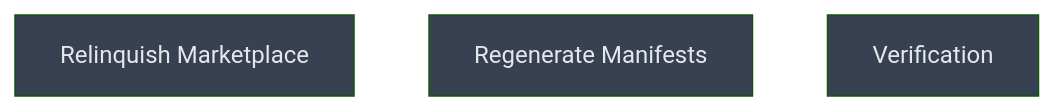
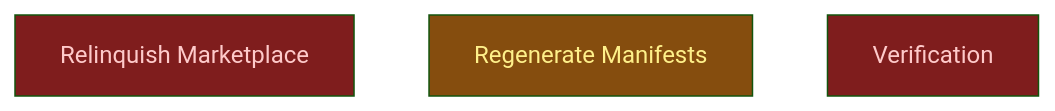
The diagram in __roadmap__/nest_migration/README.md (CrackingShells/colgrep-mcp), drawn with Mermaid (forest theme) before and after one commit. The commit also changed other lines of this file, not shown here.

Commit message:
chore(roadmap): open regenerate_manifests and block the gated siblings
Level 0 status, set through dirtree-rdm only.

`regenerate_manifests` is in progress: its gate is open. The playbook's
`generator_reshape` leaf is merged at d7e2ac8 on roadmap/agent-plugin-nest,
and the generator on disk there carries the reshape (references com.openai,
none to codex-plugin) rather than merely claiming it in a status table.

`relinquish_marketplace` is blocked, not planned. Its gate is the playbook's
`generator/rollout/verify/end_to_end` leaf, which is still planned, as are
both rollout leaves above it. Concretely: the playbook has no plugins/
directory, so the five git-subdir paths CrackingShells/Nest points at do not
resolve, and Nest itself is unpushed. Nothing can install from Nest today, so
this repository cannot yet give up a working catalogue.

`verify/` is blocked behind both siblings.

````diff
--- a/__roadmap__/nest_migration/README.md
+++ b/__roadmap__/nest_migration/README.md
@@ -33,11 +33,11 @@
 ```mermaid
 graph TD
-    relinquish_marketplace[Relinquish Marketplace]:::planned
-    regenerate_manifests[Regenerate Manifests]:::planned
-    verify[Verification]:::planned
+    relinquish_marketplace[Relinquish Marketplace]:::blocked
+    regenerate_manifests[Regenerate Manifests]:::inprogress
+    verify[Verification]:::blocked
     classDef done       fill:#166534,color:#bbf7d0
     classDef inprogress fill:#854d0e,color:#fef08a
     classDef planned    fill:#374151,color:#e5e7eb
     classDef amendment  fill:#1e3a5f,color:#bfdbfe
     classDef blocked    fill:#7f1d1d,color:#fecaca
 ```
````
